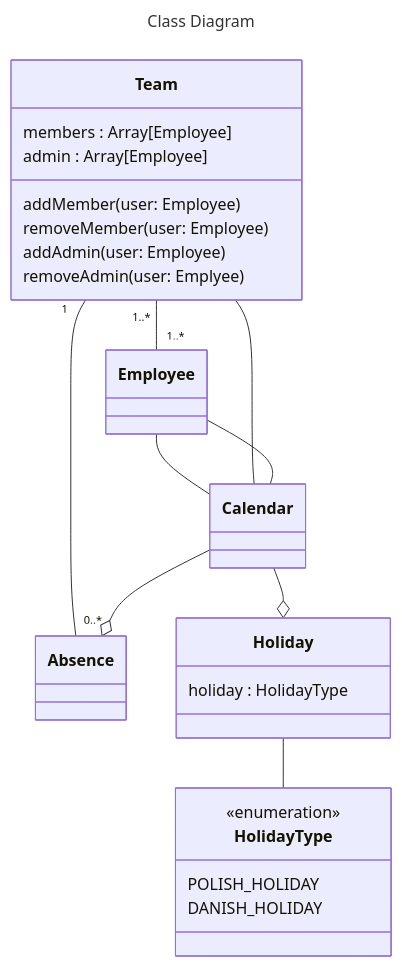
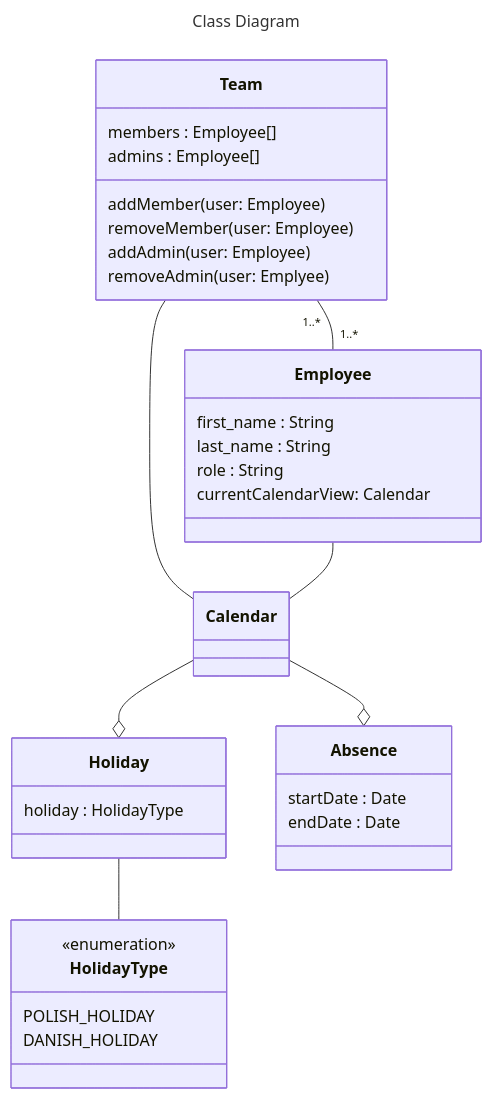
One commit to cs-24-sw-3-01/uml changed the diagram in class_diagram.md. Above: the diagram before and after it, drawn with Mermaid.

````diff
--- a/class_diagram.md
+++ b/class_diagram.md
@@ -1,75 +1,79 @@
 ```mermaid
 ---
 title: Class Diagram
 ---
 classDiagram
     direction TB
 
     Team "1..*" -- "1..*" Employee
 
-    Team "1" -- "0..*" Absence
 
 
 
-    Employee -- Calendar
 
     Team -- Calendar
     Employee -- Calendar
 
     Calendar --o Holiday
 
     Calendar --o Absence
 
     Holiday -- HolidayType
 
 
 
 
 
     class HolidayType {
         <<enumeration>>
         POLISH_HOLIDAY
         DANISH_HOLIDAY
     }
 
 
 
     class Team {
-        members : Array[Employee]
-        admin : Array[Employee]
+        members : Employee[]
+        admins : Employee[]
 
         addMember(user: Employee)
         removeMember(user: Employee)
         addAdmin(user: Employee)
         removeAdmin(user: Emplyee)
     }
 
     class Employee {
+        first_name : String
+        last_name : String
+        role : String
+        currentCalendarView: Calendar
 
     }
 
     class Absence {
+        startDate : Date
+        endDate : Date
 
     }
 
     class Holiday {
         holiday : HolidayType
 
     }
 
     class Calendar {
 
     }
 
 
 
 
 
 
 
 
 
 
 
 
 ```
````
